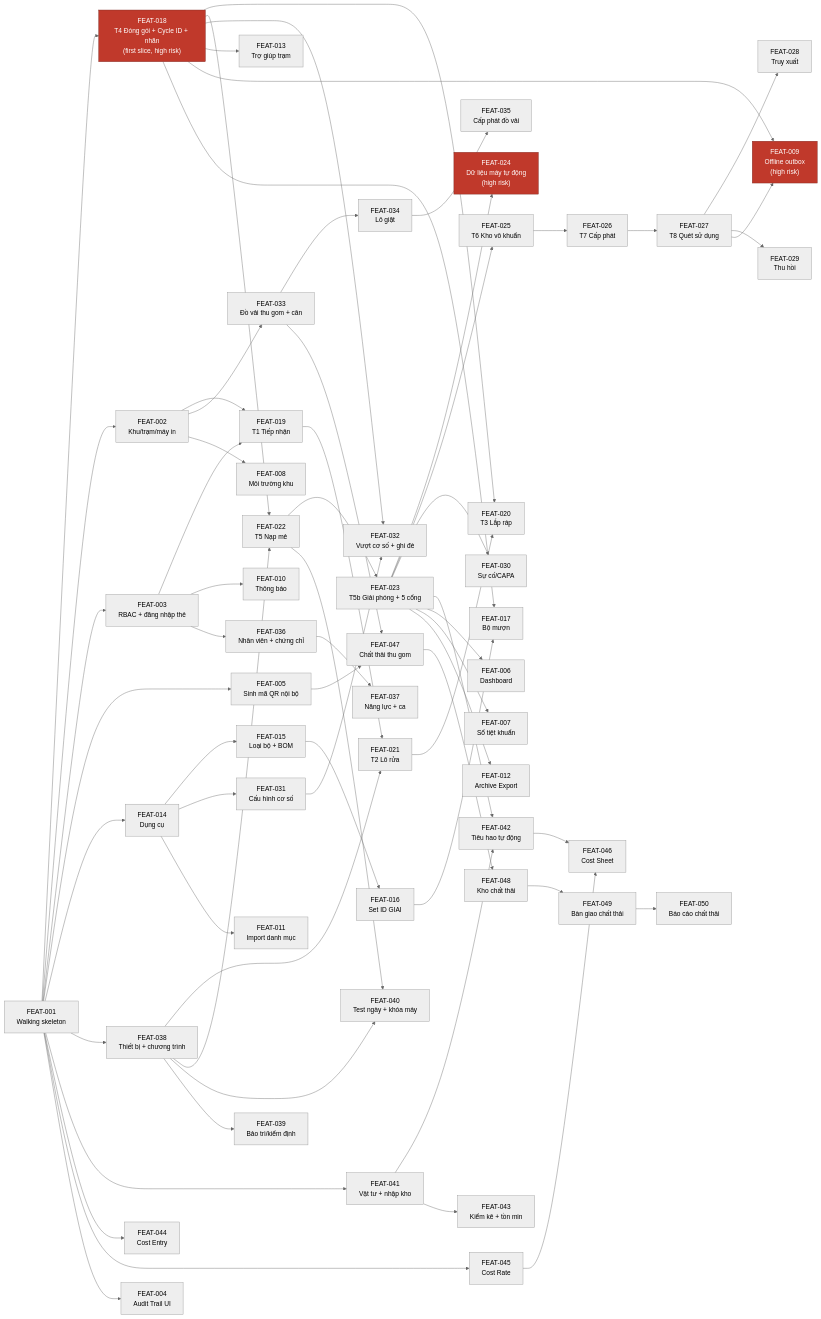
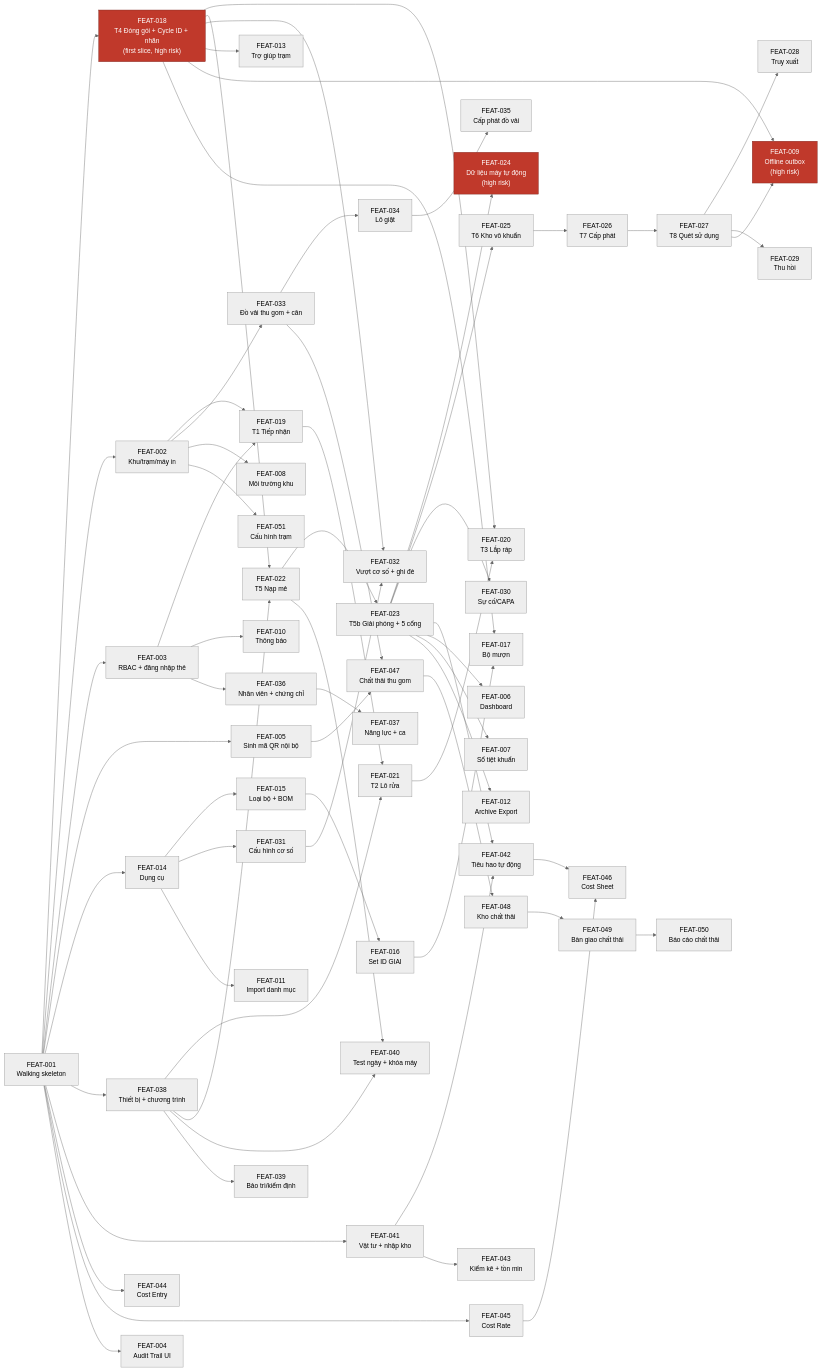
One commit to mvl26/tracecore changed the first of 2 diagrams in docs/implementation-plan.md. Above: the diagram before and after it, drawn with Mermaid (neutral theme). The commit also changed other lines of this file and 5 other files, not shown here.

Commit message:
docs(amendment): A-64 cấu hình vùng, trạm, chức năng trạm; kế hoạch FEAT-051

```diff
--- a/docs/implementation-plan.md
+++ b/docs/implementation-plan.md
@@ -242,6 +243,7 @@
     F048["FEAT-048<br/>Kho chất thải"]
     F049["FEAT-049<br/>Bàn giao chất thải"]
     F050["FEAT-050<br/>Báo cáo chất thải"]
+    F051["FEAT-051<br/>Cấu hình trạm"]
 
     F001 --> F018
     F001 --> F002
@@ -294,6 +296,7 @@
     F005 --> F047
     F033 --> F047
     F047 --> F048 --> F049 --> F050
+    F002 --> F051
 
     classDef risk fill:#c0392b,stroke:#7b241c,color:#fff
     class F018,F009,F024 risk
```
